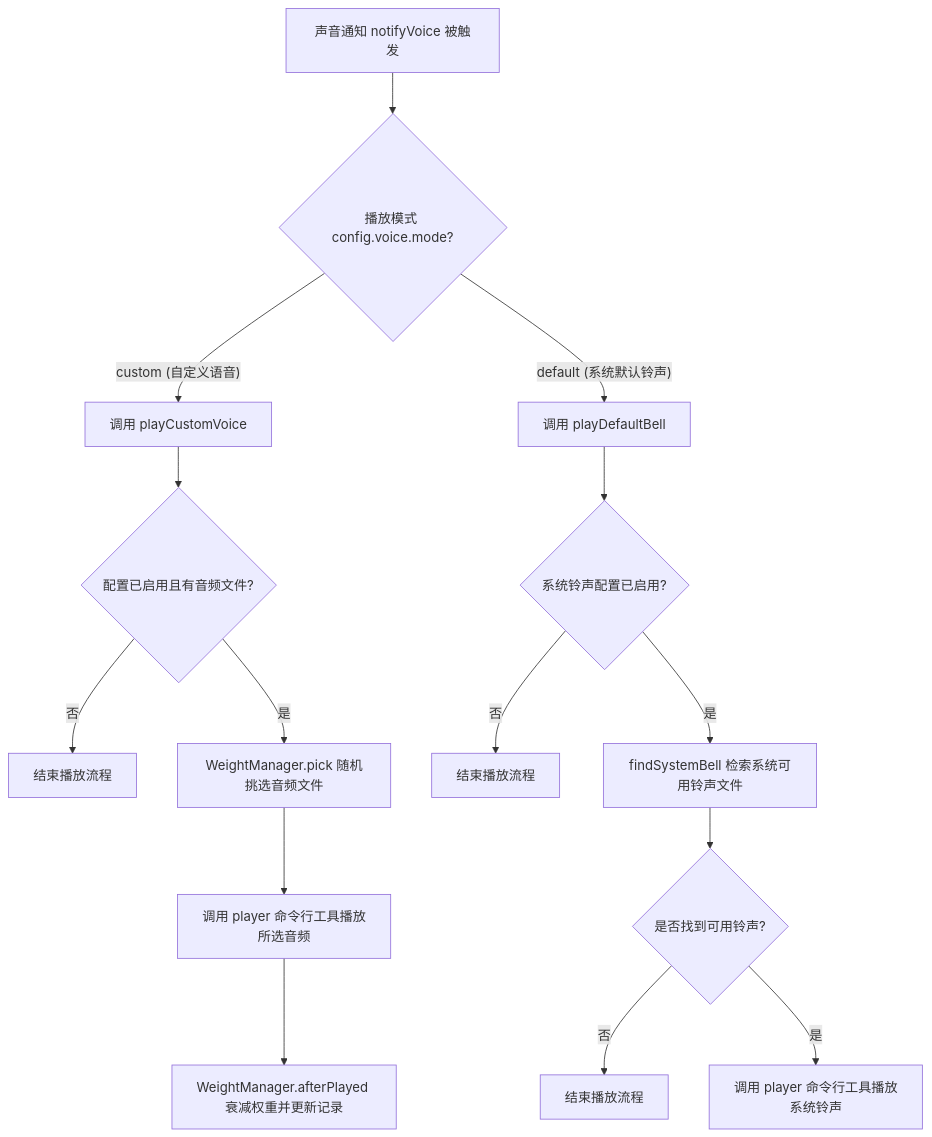
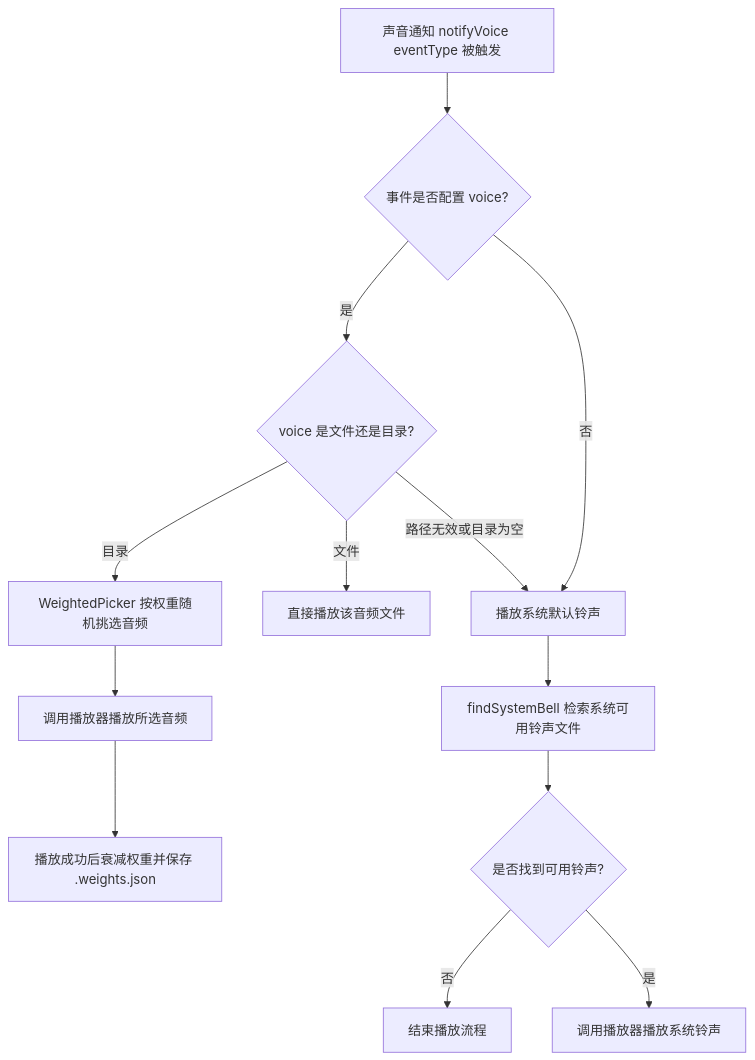
The second of 3 diagrams in app/README.md (518luck/opencode-notification), drawn with Mermaid before and after one commit. The commit also changed other lines of this file and 13 other files, not shown here.

````diff
--- a/app/README.md
+++ b/app/README.md
@@ -58,19 +59,15 @@
 ```mermaid
 graph TD
-    A[声音通知 notifyVoice 被触发] --> B{播放模式 config.voice.mode?}
-    
-    B -- "custom (自定义语音)" --> C1[调用 playCustomVoice]
-    C1 --> C2{配置已启用且有音频文件?}
-    C2 -- 否 --> D1[结束播放流程]
-    C2 -- 是 --> C3[WeightManager.pick 随机挑选音频文件]
-    C3 --> C4[调用 player 命令行工具播放所选音频]
-    C4 --> C5[WeightManager.afterPlayed 衰减权重并更新记录]
-    
-    B -- "default (系统默认铃声)" --> E1[调用 playDefaultBell]
-    E1 --> E2{系统铃声配置已启用?}
-    E2 -- 否 --> F1[结束播放流程]
-    E2 -- 是 --> E3[findSystemBell 检索系统可用铃声文件]
-    E3 --> E4{是否找到可用铃声?}
-    E4 -- 否 --> F2[结束播放流程]
-    E4 -- 是 --> E5[调用 player 命令行工具播放系统铃声]
+    A[声音通知 notifyVoice eventType 被触发] --> B{事件是否配置 voice?}
+    B -- 否 --> E1[播放系统默认铃声]
+    B -- 是 --> C1{voice 是文件还是目录?}
+    C1 -- 文件 --> C2[直接播放该音频文件]
+    C1 -- 目录 --> C3[WeightedPicker 按权重随机挑选音频]
+    C3 --> C4[调用播放器播放所选音频]
+    C4 --> C5[播放成功后衰减权重并保存 .weights.json]
+    C1 -- 路径无效或目录为空 --> E1
+    E1 --> E2[findSystemBell 检索系统可用铃声文件]
+    E2 --> E3{是否找到可用铃声?}
+    E3 -- 否 --> F1[结束播放流程]
+    E3 -- 是 --> E4[调用播放器播放系统铃声]
 ```
````
